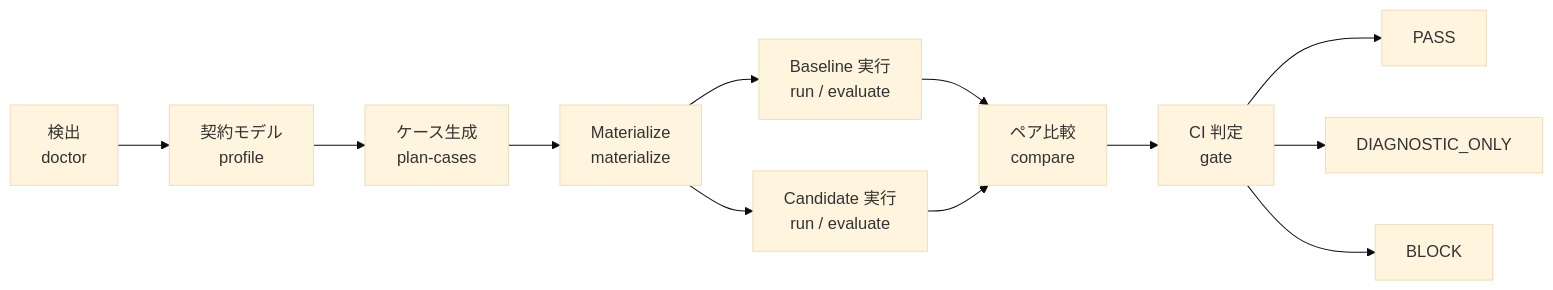
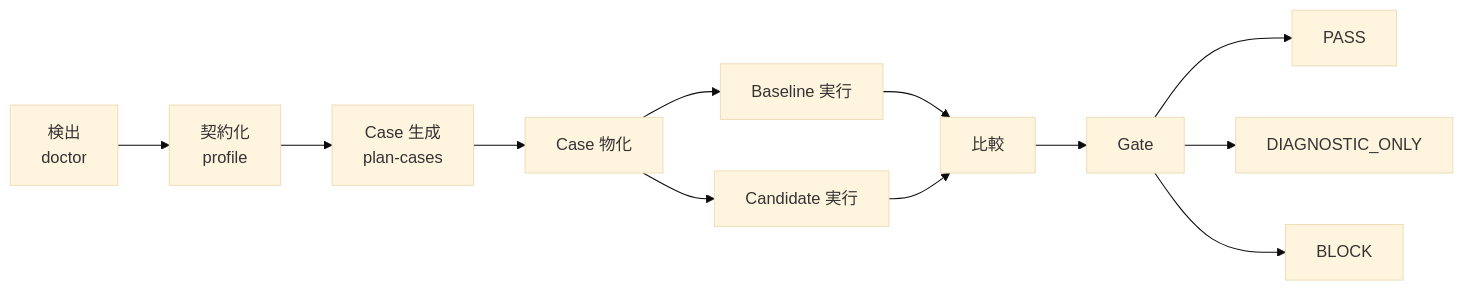
The diagram in README.ja.md (LAwLi3tCoding/agent-workflow-benchmark), drawn with Mermaid (base theme) before and after one commit. The commit also changed other lines of this file and 104 other files, not shown here.

````diff
--- a/README.ja.md
+++ b/README.ja.md
@@ -40,14 +24,14 @@
 ```mermaid
 flowchart LR
-  A["検出<br/>doctor"] --> B["契約モデル<br/>profile"]
-  B --> C["ケース生成<br/>plan-cases"]
-  C --> D["Materialize<br/>materialize"]
-  D --> E["Baseline 実行<br/>run / evaluate"]
-  D --> F["Candidate 実行<br/>run / evaluate"]
-  E --> G["ペア比較<br/>compare"]
+  A["検出<br/>doctor"] --> B["契約化<br/>profile"]
+  B --> C["Case 生成<br/>plan-cases"]
+  C --> D["Case 物化"]
+  D --> E["Baseline 実行"]
+  D --> F["Candidate 実行"]
+  E --> G["比較"]
   F --> G
-  G --> H["CI 判定<br/>gate"]
+  G --> H["Gate"]
   H --> I["PASS"]
   H --> J["DIAGNOSTIC_ONLY"]
   H --> K["BLOCK"]
 ```
````
